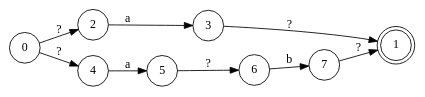
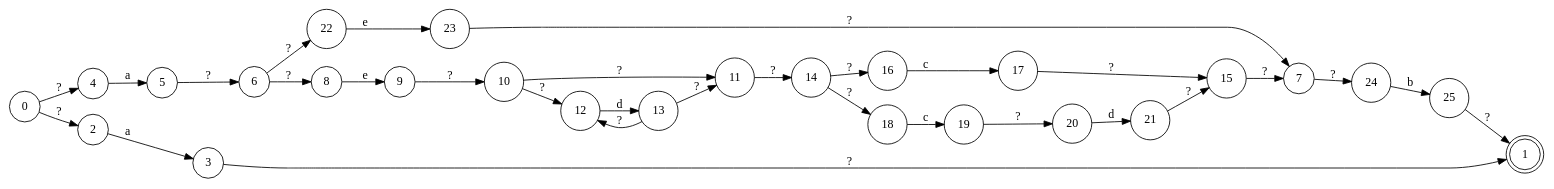
One commit to Yanis540/M2 changed the diagram in ndfa.dot. Above: the diagram before and after it, drawn with Graphviz. The commit also changed 3 other files, not shown here.

```diff
--- a/ndfa.dot
+++ b/ndfa.dot
@@ -1,13 +1,35 @@
 digraph NDFA {
   rankdir=LR;
   node [shape = circle];
+  4 -> 5 [label="a"];
+  22 -> 23 [label="e"];
+  24 -> 25 [label="b"];
+  23 -> 7 [label="?"];
+  11 -> 14 [label="?"];
+  21 -> 15 [label="?"];
+  9 -> 10 [label="?"];
+  12 -> 13 [label="d"];
+  25 -> 1 [label="?"];
+  8 -> 9 [label="e"];
+  3 -> 1 [label="?"];
+  16 -> 17 [label="c"];
+  18 -> 19 [label="c"];
+  10 -> 12 [label="?"];
+  10 -> 11 [label="?"];
+  6 -> 8 [label="?"];
+  6 -> 22 [label="?"];
   1 [shape = doublecircle];
-  7 -> 1 [label="?"];
   2 -> 3 [label="a"];
-  4 -> 5 [label="a"];
+  20 -> 21 [label="d"];
+  14 -> 16 [label="?"];
+  14 -> 18 [label="?"];
+  5 -> 6 [label="?"];
+  19 -> 20 [label="?"];
+  17 -> 15 [label="?"];
+  7 -> 24 [label="?"];
   0 -> 2 [label="?"];
   0 -> 4 [label="?"];
-  3 -> 1 [label="?"];
-  5 -> 6 [label="?"];
-  6 -> 7 [label="b"];
+  15 -> 7 [label="?"];
+  13 -> 12 [label="?"];
+  13 -> 11 [label="?"];
 }
```
